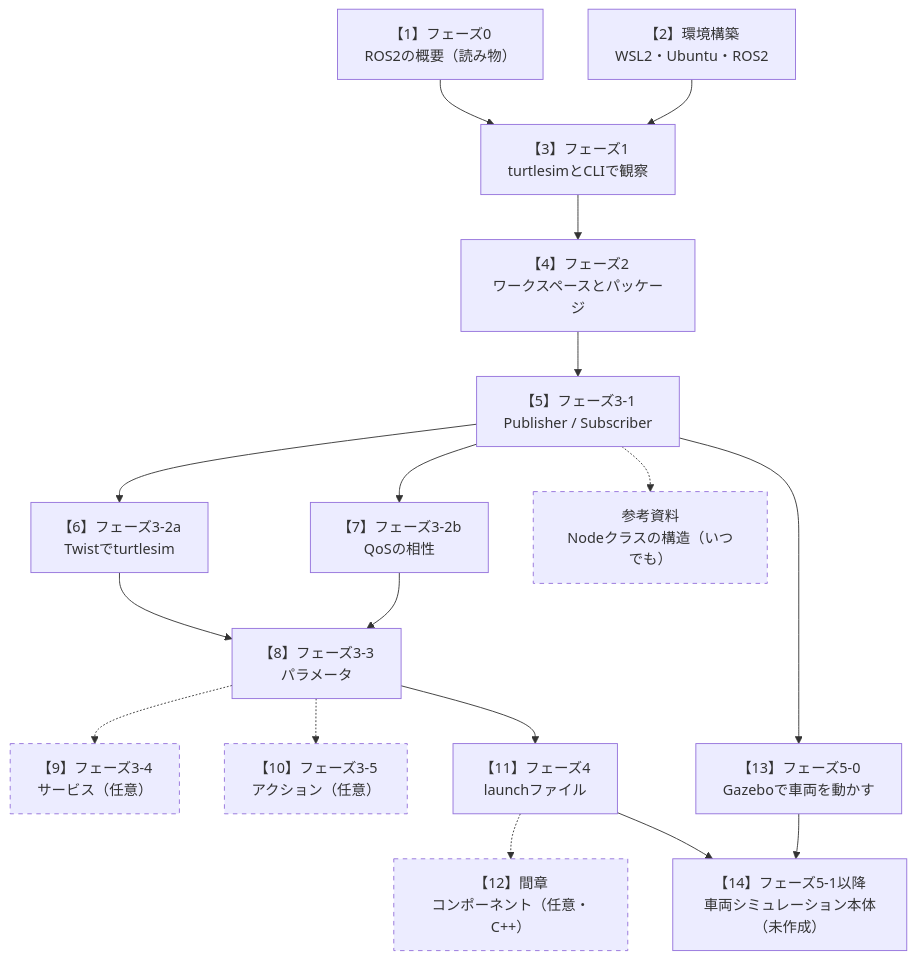
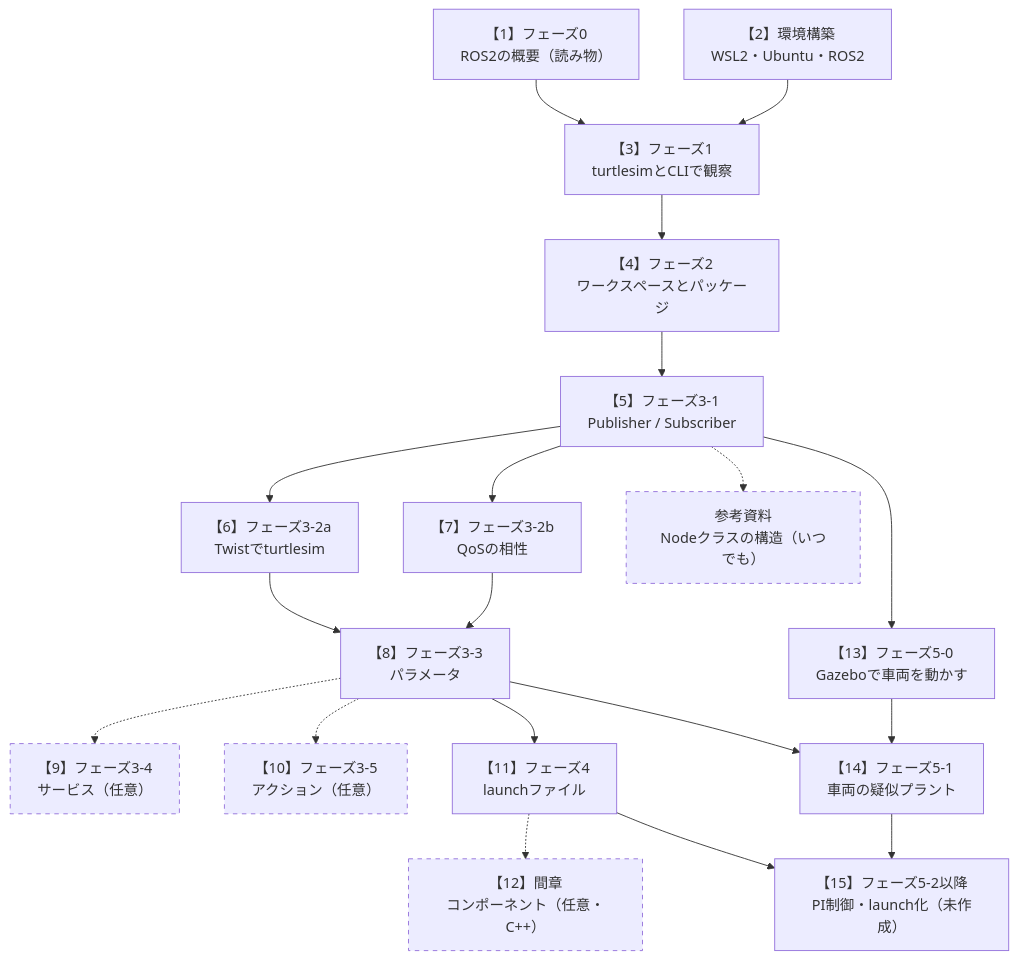
One commit to SanghunIm1991/ros2MinimalPhysicalAi changed the diagram in README.md. Above: the diagram before and after it, drawn with Mermaid. The commit also changed other lines of this file and 5 other files, not shown here.

Commit message:
[claude] フェーズ5-1の手順書（車両の疑似プラントとGazeboでの表示）と図を追加し、README・学習計画・5-0の案内を更新

````diff
--- a/README.md
+++ b/README.md
@@ -89,22 +89,24 @@
 ```mermaid
 flowchart TB
     P0["【1】フェーズ0<br/>ROS2の概要（読み物）"] --> P1
     SETUP["【2】環境構築<br/>WSL2・Ubuntu・ROS2"] --> P1
     P1["【3】フェーズ1<br/>turtlesimとCLIで観察"] --> P2["【4】フェーズ2<br/>ワークスペースとパッケージ"]
     P2 --> P31["【5】フェーズ3-1<br/>Publisher / Subscriber"]
     P31 --> P32a["【6】フェーズ3-2a<br/>Twistでturtlesim"]
     P31 --> P32b["【7】フェーズ3-2b<br/>QoSの相性"]
     P32a --> P33["【8】フェーズ3-3<br/>パラメータ"]
     P32b --> P33
     P33 -.-> P34["【9】フェーズ3-4<br/>サービス（任意）"]
     P33 -.-> P35["【10】フェーズ3-5<br/>アクション（任意）"]
     P33 --> P4["【11】フェーズ4<br/>launchファイル"]
     P4 -.-> INT["【12】間章<br/>コンポーネント（任意・C++）"]
     P31 --> P50["【13】フェーズ5-0<br/>Gazeboで車両を動かす"]
-    P4 --> P51["【14】フェーズ5-1以降<br/>車両シミュレーション本体（未作成）"]
+    P33 --> P51["【14】フェーズ5-1<br/>車両の疑似プラント"]
     P50 --> P51
+    P4 --> P52["【15】フェーズ5-2以降<br/>PI制御・launch化（未作成）"]
+    P51 --> P52
     P31 -.-> REF["参考資料<br/>Nodeクラスの構造（いつでも）"]
 
     classDef optional stroke-dasharray: 5 5
     class P34,P35,INT,REF optional
 ```
````
